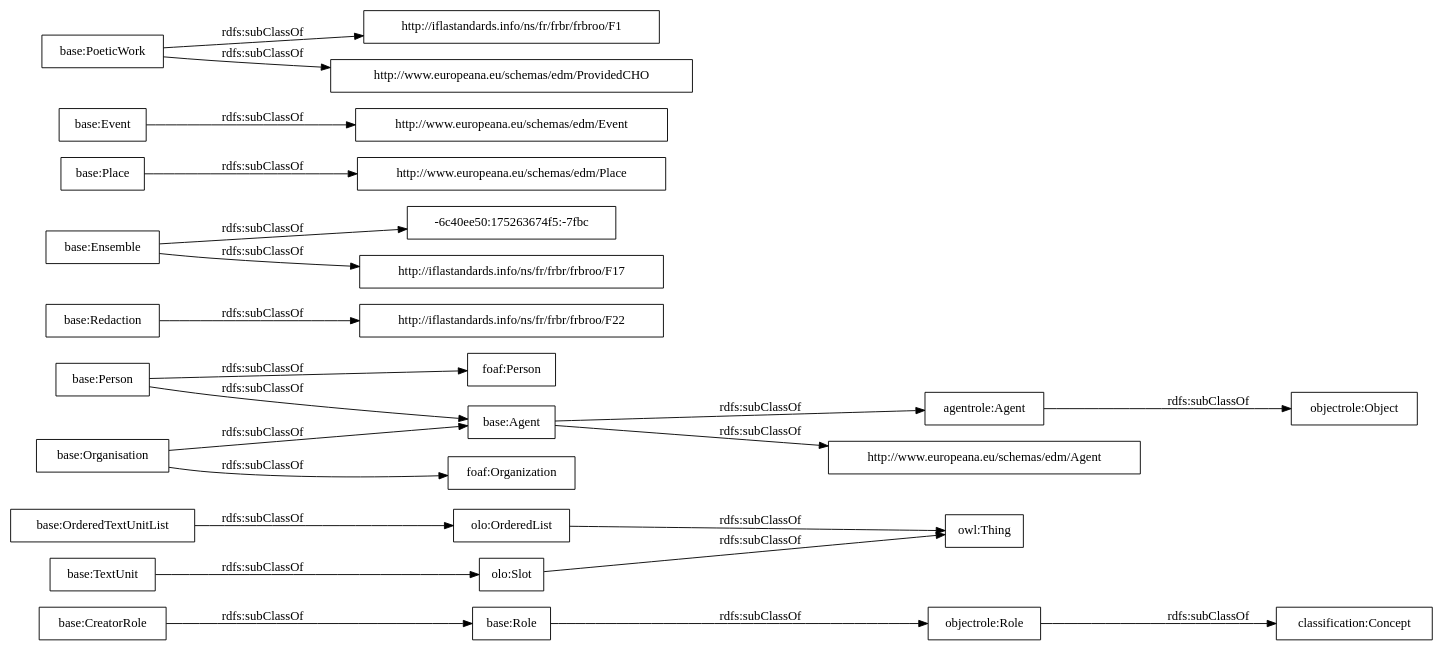
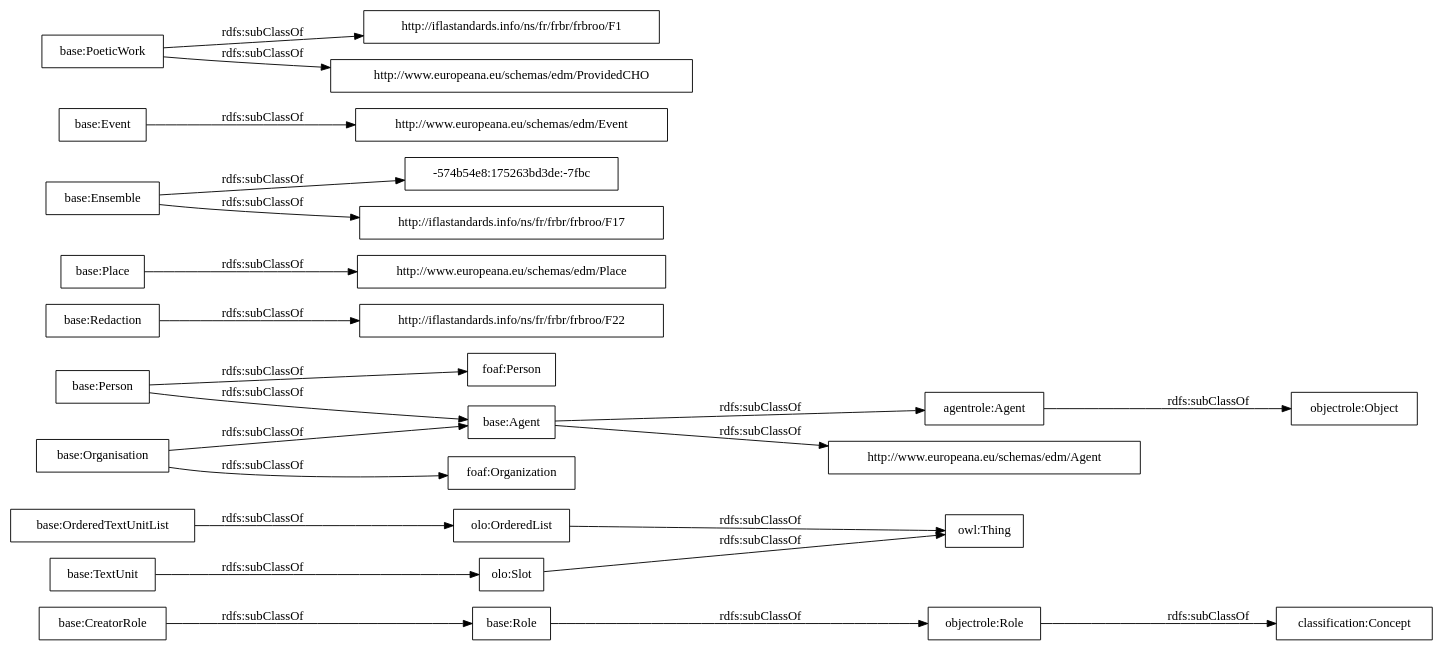
Before and after one commit to OnToologyUser/core-ontology-1: the diagram in OnToology/postdata-core.owl/diagrams/ar2dtool-taxonomy/postdata-core.owl.png.dot, drawn with Graphviz. The commit also changed 14 other files, not shown here.

```diff
--- a/OnToology/postdata-core.owl/diagrams/ar2dtool-taxonomy/postdata-core.owl.png.dot
+++ b/OnToology/postdata-core.owl/diagrams/ar2dtool-taxonomy/postdata-core.owl.png.dot
@@ -1,27 +1,27 @@
 digraph ar2dtool_diagram { 
 rankdir=LR;
 size="1000"
-node [shape = rectangle, color="black"]; "base:Role" "base:OrderedTextUnitList" "agentrole:Agent" "http://iflastandards.info/ns/fr/frbr/frbroo/F22" "http://www.europeana.eu/schemas/edm/Agent" "base:Agent" "base:CreatorRole" "base:Person" "-6c40ee50:175263674f5:-7fbc" "base:Organisation" "http://www.europeana.eu/schemas/edm/Place" "base:Redaction" "base:Ensemble" "foaf:Person" "http://www.europeana.eu/schemas/edm/Event" "base:TextUnit" "foaf:Organization" "http://iflastandards.info/ns/fr/frbr/frbroo/F1" "http://www.europeana.eu/schemas/edm/ProvidedCHO" "base:Place" "base:Event" "base:PoeticWork" "http://iflastandards.info/ns/fr/frbr/frbroo/F17" "owl:Thing" "objectrole:Role" "objectrole:Object" "olo:Slot" "olo:OrderedList" "classification:Concept" ; /*classes style*/
+node [shape = rectangle, color="black"]; "base:Role" "base:OrderedTextUnitList" "agentrole:Agent" "http://iflastandards.info/ns/fr/frbr/frbroo/F22" "http://www.europeana.eu/schemas/edm/Agent" "base:Agent" "base:CreatorRole" "base:Person" "base:Organisation" "http://www.europeana.eu/schemas/edm/Place" "base:Redaction" "base:Ensemble" "foaf:Person" "http://www.europeana.eu/schemas/edm/Event" "base:TextUnit" "http://iflastandards.info/ns/fr/frbr/frbroo/F1" "foaf:Organization" "http://www.europeana.eu/schemas/edm/ProvidedCHO" "base:Place" "base:Event" "-574b54e8:175263bd3de:-7fbc" "base:PoeticWork" "http://iflastandards.info/ns/fr/frbr/frbroo/F17" "owl:Thing" "objectrole:Role" "objectrole:Object" "olo:Slot" "olo:OrderedList" "classification:Concept" ; /*classes style*/
 	"base:Redaction" -> "http://iflastandards.info/ns/fr/frbr/frbroo/F22" [ label = "rdfs:subClassOf" ];
 	"base:Role" -> "objectrole:Role" [ label = "rdfs:subClassOf" ];
 	"base:Event" -> "http://www.europeana.eu/schemas/edm/Event" [ label = "rdfs:subClassOf" ];
 	"base:Person" -> "foaf:Person" [ label = "rdfs:subClassOf" ];
 	"base:Person" -> "base:Agent" [ label = "rdfs:subClassOf" ];
 	"olo:OrderedList" -> "owl:Thing" [ label = "rdfs:subClassOf" ];
 	"olo:Slot" -> "owl:Thing" [ label = "rdfs:subClassOf" ];
 	"base:PoeticWork" -> "http://www.europeana.eu/schemas/edm/ProvidedCHO" [ label = "rdfs:subClassOf" ];
 	"base:PoeticWork" -> "http://iflastandards.info/ns/fr/frbr/frbroo/F1" [ label = "rdfs:subClassOf" ];
 	"base:TextUnit" -> "olo:Slot" [ label = "rdfs:subClassOf" ];
 	"agentrole:Agent" -> "objectrole:Object" [ label = "rdfs:subClassOf" ];
-	"base:Ensemble" -> "-6c40ee50:175263674f5:-7fbc" [ label = "rdfs:subClassOf" ];
+	"base:Ensemble" -> "-574b54e8:175263bd3de:-7fbc" [ label = "rdfs:subClassOf" ];
 	"base:Ensemble" -> "http://iflastandards.info/ns/fr/frbr/frbroo/F17" [ label = "rdfs:subClassOf" ];
 	"base:OrderedTextUnitList" -> "olo:OrderedList" [ label = "rdfs:subClassOf" ];
 	"base:Agent" -> "agentrole:Agent" [ label = "rdfs:subClassOf" ];
 	"base:Agent" -> "http://www.europeana.eu/schemas/edm/Agent" [ label = "rdfs:subClassOf" ];
 	"objectrole:Role" -> "classification:Concept" [ label = "rdfs:subClassOf" ];
 	"base:Place" -> "http://www.europeana.eu/schemas/edm/Place" [ label = "rdfs:subClassOf" ];
 	"base:Organisation" -> "foaf:Organization" [ label = "rdfs:subClassOf" ];
 	"base:Organisation" -> "base:Agent" [ label = "rdfs:subClassOf" ];
 	"base:CreatorRole" -> "base:Role" [ label = "rdfs:subClassOf" ];
 
 }
```
